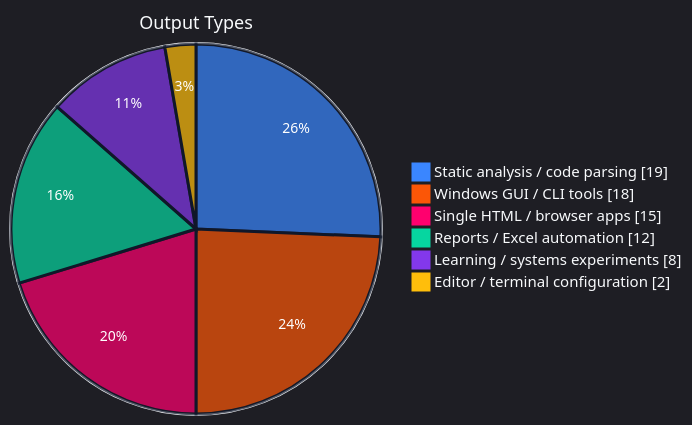
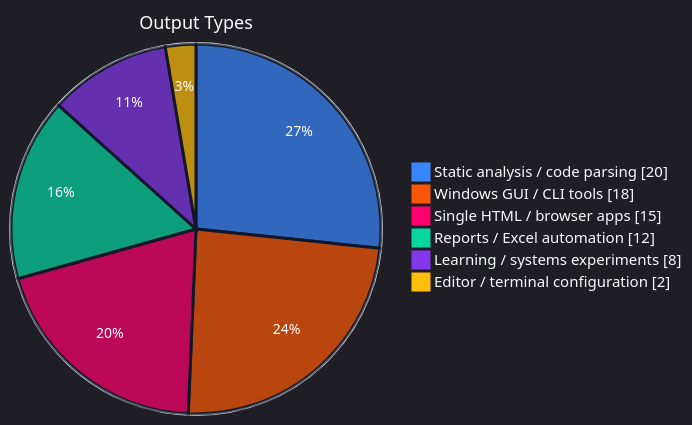
The second of 4 diagrams in README.md (SSsan-00/SSsan-00), drawn with Mermaid before and after one commit. The commit also changed other lines of this file and 2 other files, not shown here.

````diff
--- a/README.md
+++ b/README.md
@@ -56,11 +56,11 @@
 ```mermaid
 %%{init: {"theme":"dark","themeVariables":{"background":"#0f172a","mainBkg":"#0f172a","textColor":"#f8fafc","primaryTextColor":"#f8fafc","pieStrokeColor":"#0f172a","pieStrokeWidth":"3px","pieOuterStrokeColor":"#f8fafc","pieOuterStrokeWidth":"2px","pieTitleTextColor":"#f8fafc","pieTitleTextSize":"18px","pieLegendTextColor":"#f8fafc","pieLegendTextSize":"15px","pieSectionTextColor":"#ffffff","pieSectionTextSize":"14px","pie1":"#3a86ff","pie2":"#fb5607","pie3":"#ff006e","pie4":"#06d6a0","pie5":"#8338ec","pie6":"#ffbe0b"}}}%%
 pie showData
   title Output Types
-  "Static analysis / code parsing" : 19
+  "Static analysis / code parsing" : 20
   "Windows GUI / CLI tools" : 18
   "Single HTML / browser apps" : 15
   "Reports / Excel automation" : 12
   "Learning / systems experiments" : 8
   "Editor / terminal configuration" : 2
 ```
````
